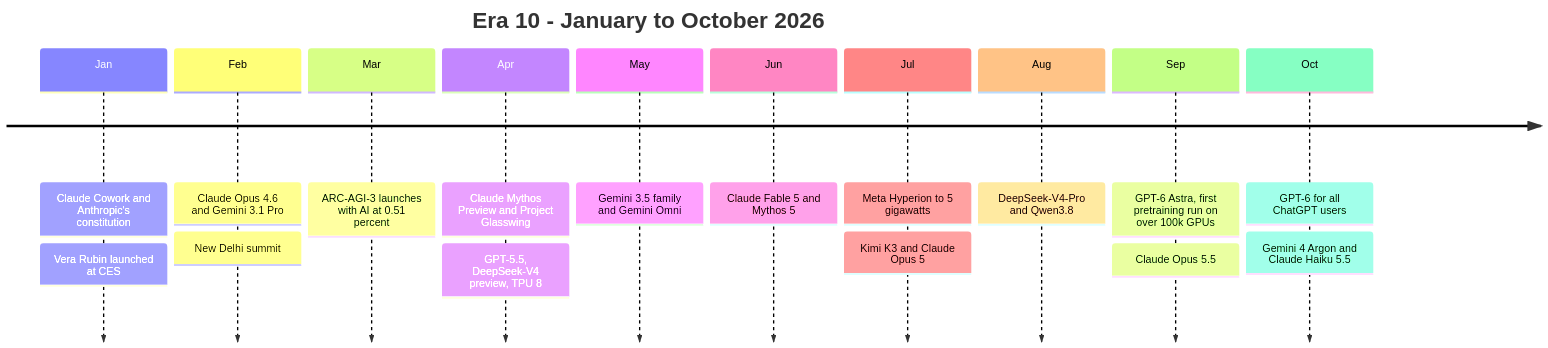
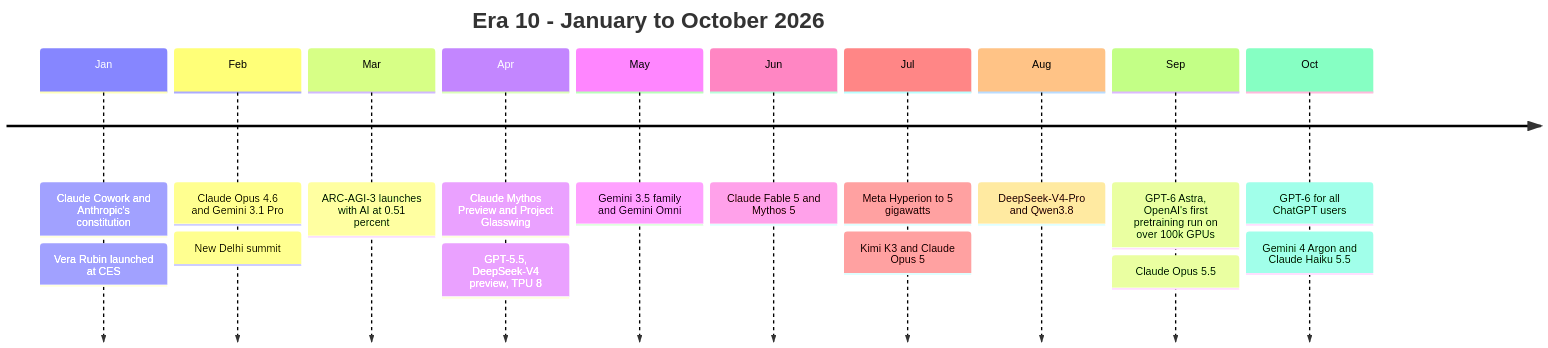
The tenth of 13 diagrams in ai-book/chapters/07-history-of-ai.md (mcichael1-eng/Leash-Holder-2), drawn with Mermaid before and after one commit. The commit also changed other lines of this file and 50 other files, not shown here.

````diff
--- a/ai-book/chapters/07-history-of-ai.md
+++ b/ai-book/chapters/07-history-of-ai.md
@@ -679,20 +679,20 @@
 ```mermaid
 timeline
     title Era 10 - January to October 2026
     Jan : Claude Cowork and Anthropic's constitution
         : Vera Rubin launched at CES
     Feb : Claude Opus 4.6 and Gemini 3.1 Pro
         : New Delhi summit
     Mar : ARC-AGI-3 launches with AI at 0.51 percent
     Apr : Claude Mythos Preview and Project Glasswing
         : GPT-5.5, DeepSeek-V4 preview, TPU 8
     May : Gemini 3.5 family and Gemini Omni
     Jun : Claude Fable 5 and Mythos 5
     Jul : Meta Hyperion to 5 gigawatts
         : Kimi K3 and Claude Opus 5
     Aug : DeepSeek-V4-Pro and Qwen3.8
-    Sep : GPT-6 Astra, first pretraining run on over 100k GPUs
+    Sep : GPT-6 Astra, OpenAI's first pretraining run on over 100k GPUs
         : Claude Opus 5.5
     Oct : GPT-6 for all ChatGPT users
         : Gemini 4 Argon and Claude Haiku 5.5
 ```
````
